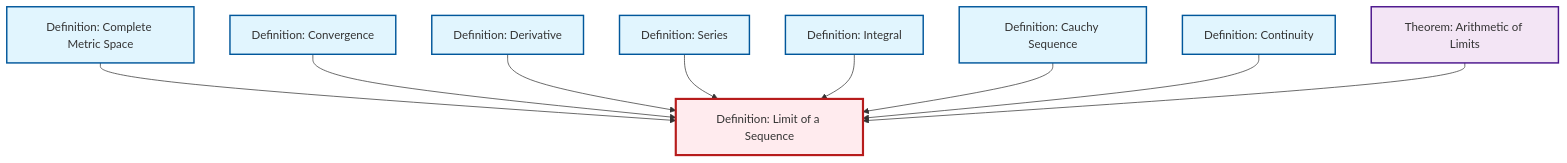
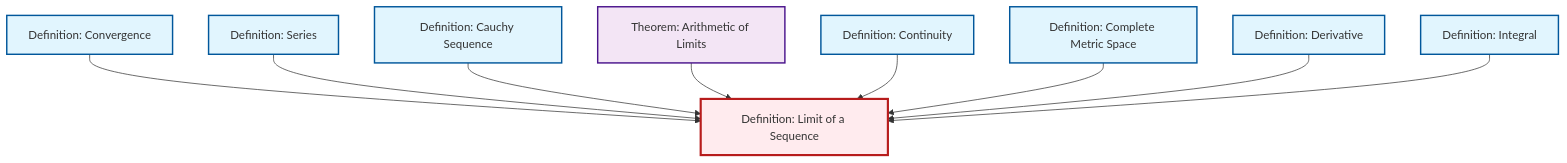
Before and after one commit to RK0429/ModernMath: the diagram in content/en/analysis/def-limit.qmd, drawn with Mermaid. The commit also changed other lines of this file and 328 other files, not shown here.

````diff
--- a/content/en/analysis/def-limit.qmd
+++ b/content/en/analysis/def-limit.qmd
@@ -48,35 +48,35 @@
 ```{mermaid}
 %%| fig-cap: "Local dependency graph"
 graph TD
     classDef definition fill:#e1f5fe,stroke:#01579b,stroke-width:2px
     classDef theorem fill:#f3e5f5,stroke:#4a148c,stroke-width:2px
     classDef axiom fill:#fff3e0,stroke:#e65100,stroke-width:2px
     classDef example fill:#e8f5e9,stroke:#1b5e20,stroke-width:2px
     classDef current fill:#ffebee,stroke:#b71c1c,stroke-width:3px
+    def-derivative["Definition: Derivative"]:::definition
+    thm-limit-arithmetic["Theorem: Arithmetic of Limits"]:::theorem
+    def-limit["Definition: Limit of a Sequence"]:::definition
+    def-integral["Definition: Integral"]:::definition
+    def-complete-metric-space["Definition: Complete Metric Space"]:::definition
+    def-convergence["Definition: Convergence"]:::definition
+    def-series["Definition: Series"]:::definition
     def-cauchy-sequence["Definition: Cauchy Sequence"]:::definition
-    def-limit["Definition: Limit of a Sequence"]:::definition
-    def-derivative["Definition: Derivative"]:::definition
-    def-convergence["Definition: Convergence"]:::definition
-    def-complete-metric-space["Definition: Complete Metric Space"]:::definition
-    def-series["Definition: Series"]:::definition
-    thm-limit-arithmetic["Theorem: Arithmetic of Limits"]:::theorem
-    def-integral["Definition: Integral"]:::definition
     def-continuity["Definition: Continuity"]:::definition
+    def-convergence --> def-limit
+    def-series --> def-limit
+    def-cauchy-sequence --> def-limit
+    thm-limit-arithmetic --> def-limit
+    def-continuity --> def-limit
     def-complete-metric-space --> def-limit
-    def-convergence --> def-limit
     def-derivative --> def-limit
-    def-series --> def-limit
     def-integral --> def-limit
-    def-cauchy-sequence --> def-limit
-    def-continuity --> def-limit
-    thm-limit-arithmetic --> def-limit
     class def-limit current
-    click def-cauchy-sequence "def-cauchy-sequence.html" "Go to Cauchy Sequence definition"
     click def-derivative "def-derivative.html" "Go to Derivative definition"
-    click def-convergence "def-convergence.html" "Go to Convergence definition"
-    click def-complete-metric-space "def-complete-metric-space.html" "Go to Complete Metric Space definition"
-    click def-series "def-series.html" "Go to Series definition"
     click thm-limit-arithmetic "thm-limit-arithmetic.html" "Go to Arithmetic of Limits theorem"
     click def-integral "def-integral.html" "Go to Integral definition"
+    click def-complete-metric-space "def-complete-metric-space.html" "Go to Complete Metric Space definition"
+    click def-convergence "def-convergence.html" "Go to Convergence definition"
+    click def-series "def-series.html" "Go to Series definition"
+    click def-cauchy-sequence "def-cauchy-sequence.html" "Go to Cauchy Sequence definition"
     click def-continuity "def-continuity.html" "Go to Continuity definition"
 ```
````
